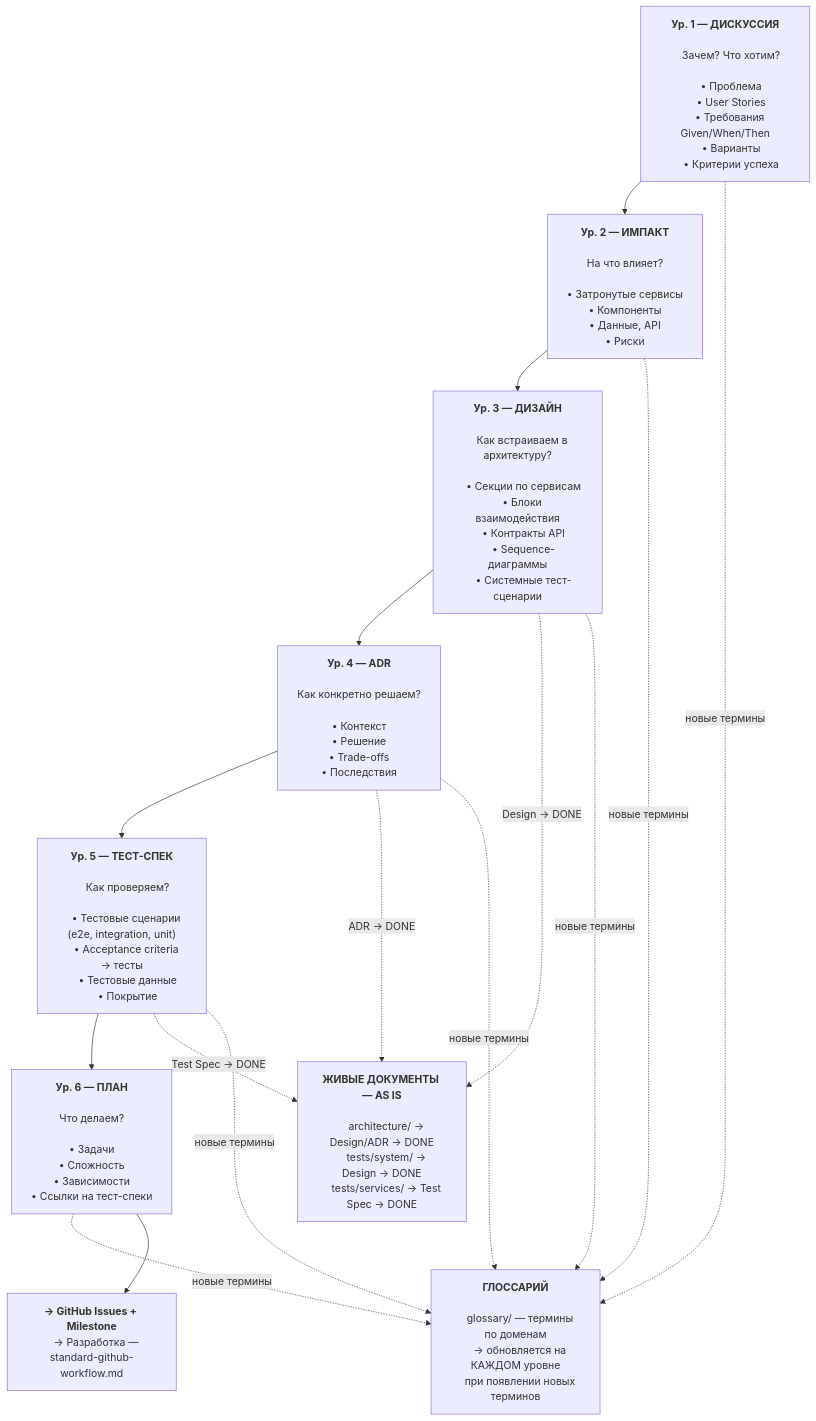
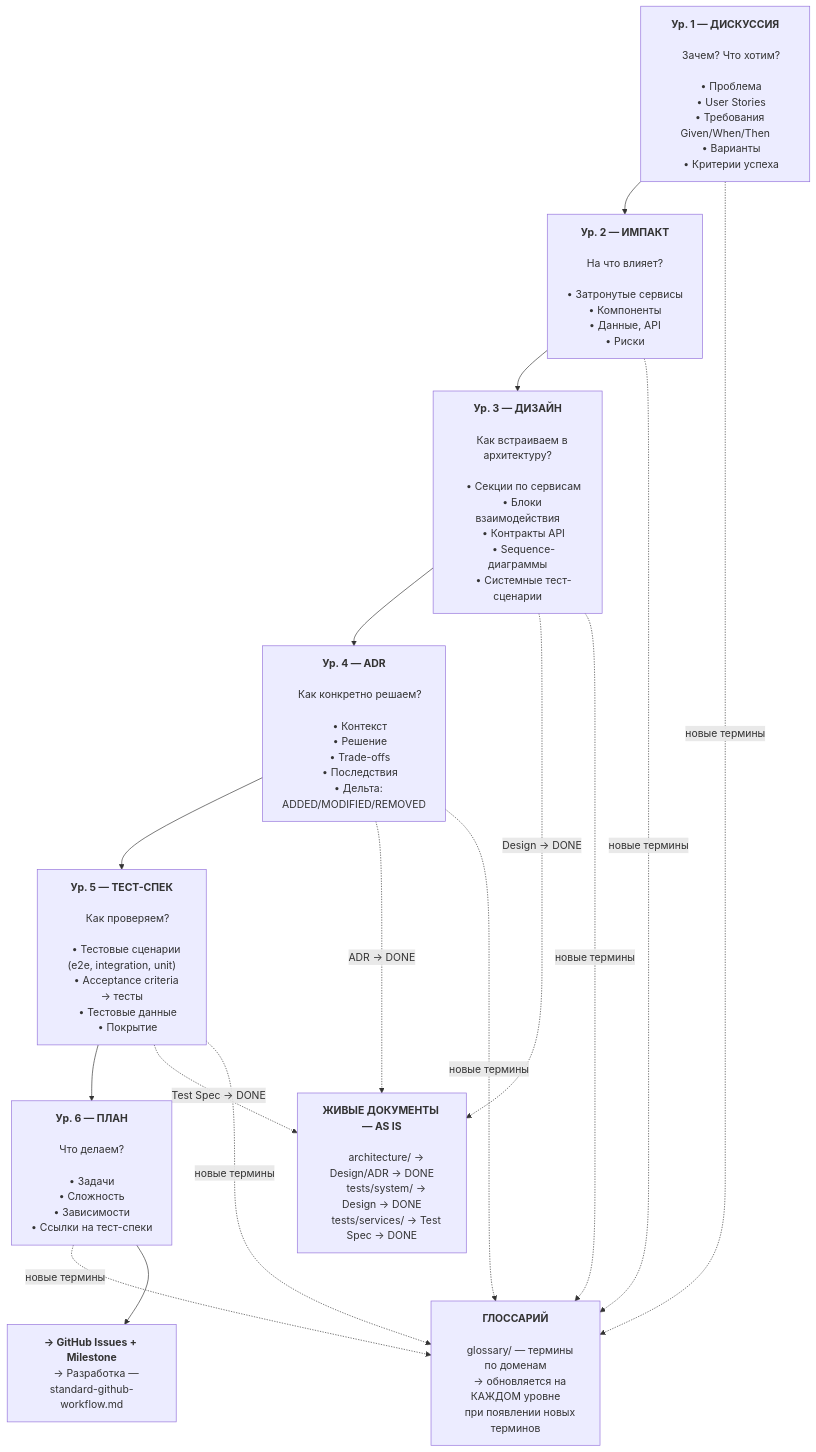
One commit to NSEvteev/FullSpec changed the first of 5 diagrams in .claude/drafts/2026-02-08-specs-architecture.md. Above: the diagram before and after it, drawn with Mermaid. The commit also changed other lines of this file and 5 other files, not shown here.

```diff
--- a/.claude/drafts/2026-02-08-specs-architecture.md
+++ b/.claude/drafts/2026-02-08-specs-architecture.md
@@ -94,7 +94,8 @@
     • Контекст
     • Решение
     • Trade-offs
-    • Последствия"]
+    • Последствия
+    • Дельта: ADDED/MODIFIED/REMOVED"]
 
     T["<b>Ур. 5 — ТЕСТ-СПЕК</b>
 
```
